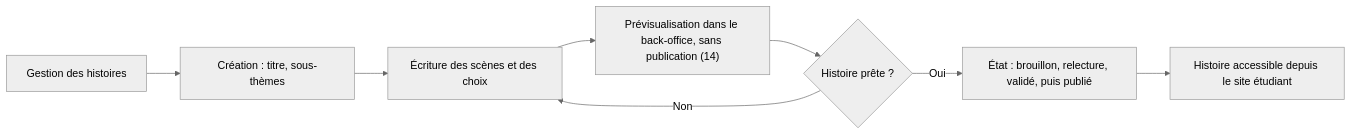
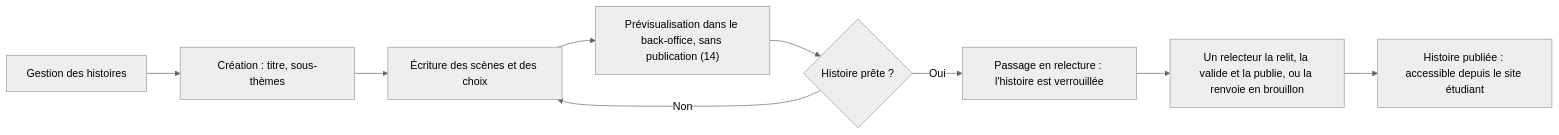
Before and after one commit to Korrighed/safe-campus-back: the seventh of 10 diagrams in docs/cahier-des-charges-techniques.md, drawn with Mermaid (neutral theme). The commit also changed other lines of this file and 9 other files, not shown here.

````diff
--- a/docs/cahier-des-charges-techniques.md
+++ b/docs/cahier-des-charges-techniques.md
@@ -429,10 +430,11 @@
 ```mermaid
 flowchart LR
   A["Gestion des histoires"] --> B["Création : titre, sous-thèmes"]
   B --> C["Écriture des scènes et des choix"]
   C --> D["Prévisualisation dans le back-office, sans publication (14)"]
   D --> E{"Histoire prête ?"}
   E -->|Non| C
-  E -->|Oui| F["État : brouillon, relecture, validé, puis publié"]
-  F --> G["Histoire accessible depuis le site étudiant"]
+  E -->|Oui| F["Passage en relecture : l'histoire est verrouillée"]
+  F --> G["Un relecteur la relit, la valide et la publie, ou la renvoie en brouillon"]
+  G --> H["Histoire publiée : accessible depuis le site étudiant"]
 ```
````
